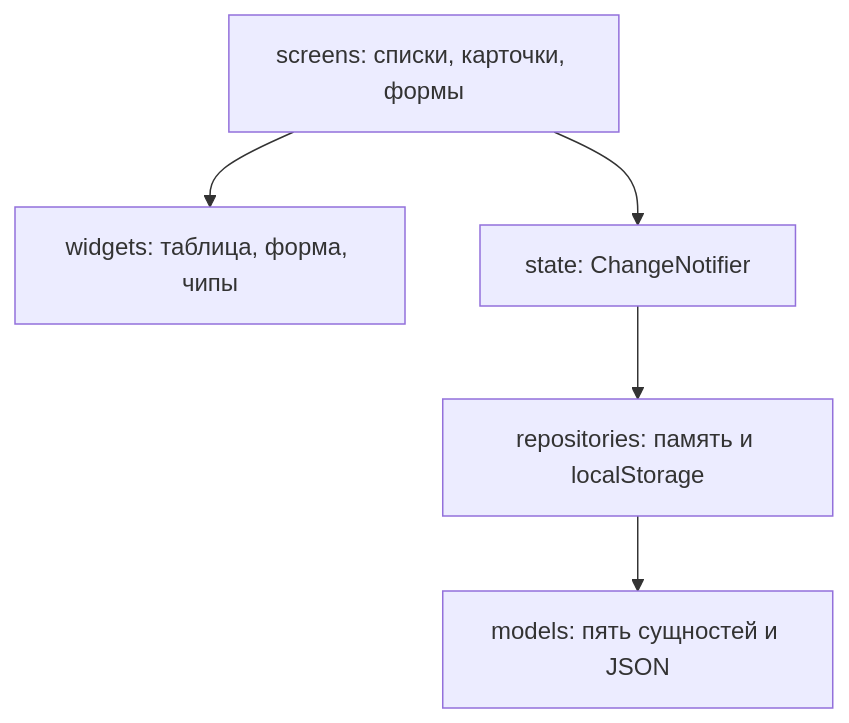
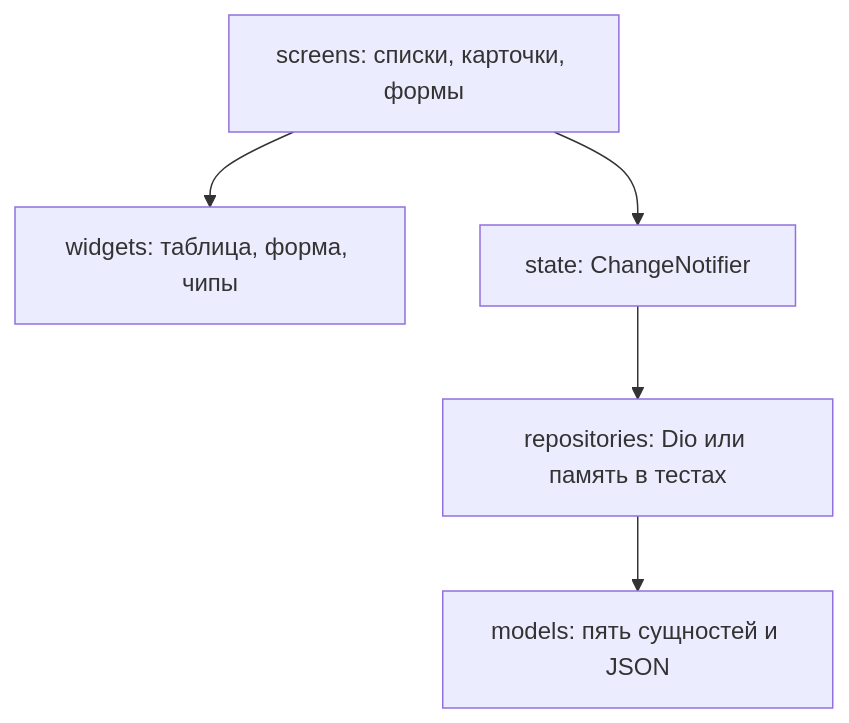
Before and after one commit to Boxer518/library-api: the diagram in README.md, drawn with Mermaid. The commit also changed other lines of this file and 45 other files, not shown here.

````diff
--- a/README.md
+++ b/README.md
@@ -53,12 +71,12 @@
 ```mermaid
 flowchart TD
   screens["screens: списки, карточки, формы"]
   widgets["widgets: таблица, форма, чипы"]
   state["state: ChangeNotifier"]
-  repos["repositories: память и localStorage"]
+  repos["repositories: Dio или память в тестах"]
   models["models: пять сущностей и JSON"]
   screens --> widgets
   screens --> state
   state --> repos
   repos --> models
 ```
````
